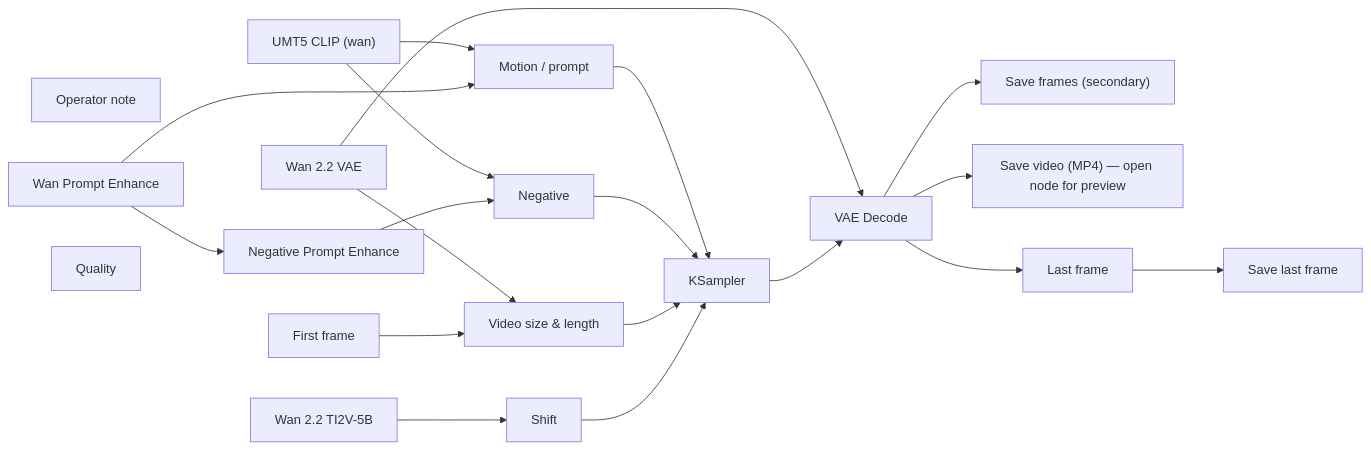
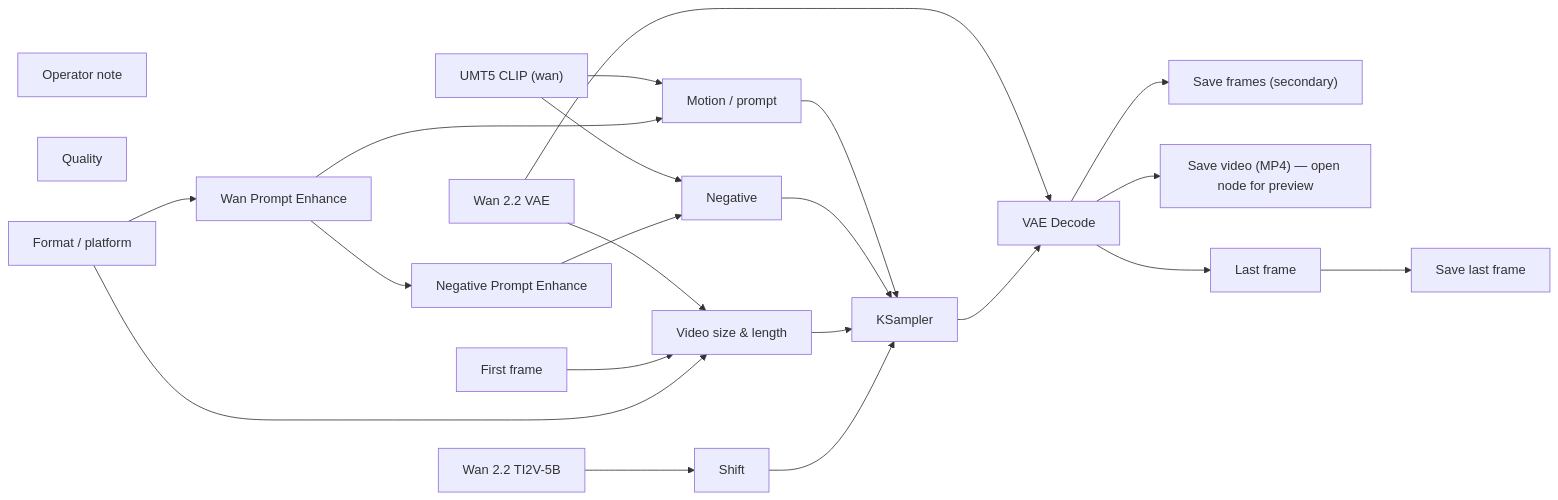
Before and after one commit to toxicoder/ez-comfy-stack: the diagram in docs/generated/workflows/wan/still-to-shot.md, drawn with Mermaid. The commit also changed other lines of this file and 312 other files, not shown here.

First line of the commit message:
feat: Format / platform on Klein, Wan, and LTX Apps

````diff
--- a/docs/generated/workflows/wan/still-to-shot.md
+++ b/docs/generated/workflows/wan/still-to-shot.md
@@ -66,39 +68,42 @@
 ```mermaid
 flowchart LR
   N1["Wan 2.2 TI2V-5B"]
   N2["UMT5 CLIP (wan)"]
   N3["Wan 2.2 VAE"]
   N4["First frame"]
   N6["Motion / prompt"]
   N7["Negative"]
   N8["Video size & length"]
   N9["Shift"]
   N10["KSampler"]
   N11["VAE Decode"]
   N12["Save frames (secondary)"]
   N13["Save video (MP4) — open node for preview"]
   N14["Operator note"]
   N15["Last frame"]
   N16["Save last frame"]
   N17["Wan Prompt Enhance"]
   N18["Negative Prompt Enhance"]
   N19["Quality"]
+  N20["Format / platform"]
   N1 --> N9
   N2 --> N6
   N2 --> N7
   N3 --> N8
   N3 --> N11
   N4 --> N8
   N6 --> N10
   N7 --> N10
   N8 --> N10
   N9 --> N10
   N10 --> N11
   N11 --> N12
   N11 --> N13
   N11 --> N15
   N15 --> N16
   N17 --> N6
   N17 --> N18
   N18 --> N7
+  N20 --> N8
+  N20 --> N17
 ```
````
